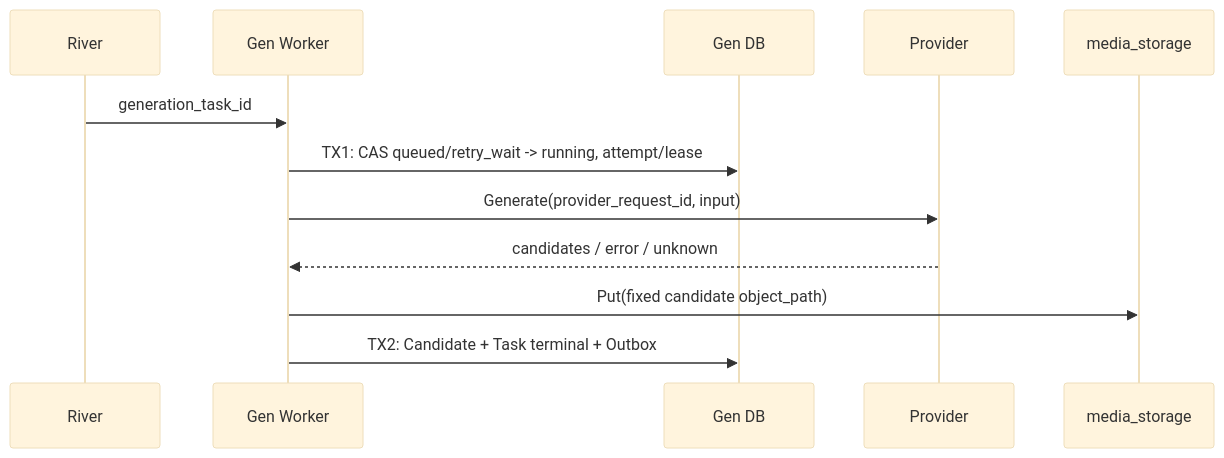
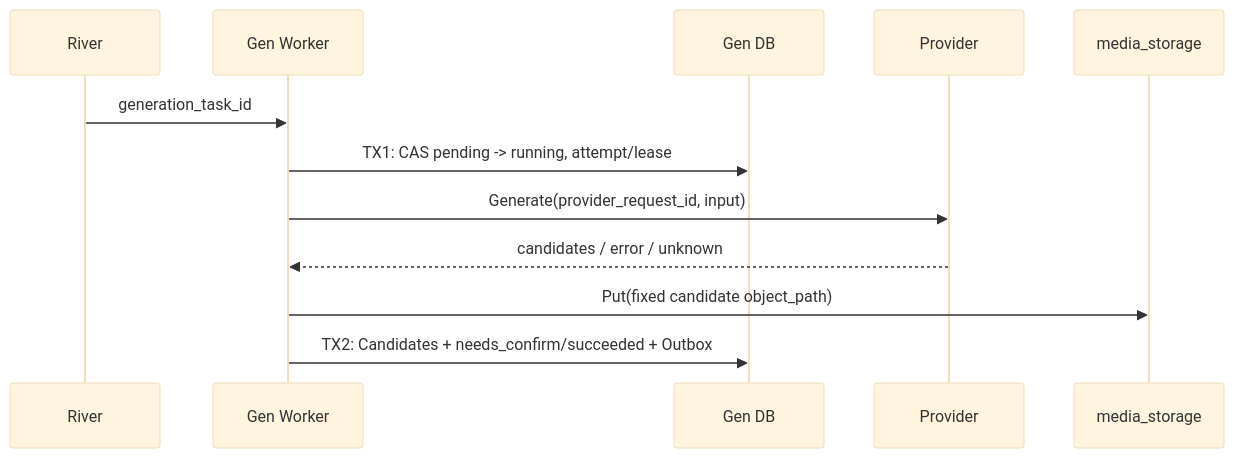
One commit to hotttao/media_agent changed the diagram in docs/ddd/media_gen/workflow/0001-job-execution-loop/job-execution-loop.md. Above: the diagram before and after it, drawn with Mermaid (base theme). The commit also changed other lines of this file and 26 other files, not shown here.

````diff
--- a/docs/ddd/media_gen/workflow/0001-job-execution-loop/job-execution-loop.md
+++ b/docs/ddd/media_gen/workflow/0001-job-execution-loop/job-execution-loop.md
@@ -12,14 +12,14 @@
 ```mermaid
 sequenceDiagram
     participant Q as River
     participant W as Gen Worker
     participant DB as Gen DB
     participant P as Provider
     participant S as media_storage
     Q->>W: generation_task_id
-    W->>DB: TX1: CAS queued/retry_wait -> running, attempt/lease
+    W->>DB: TX1: CAS pending -> running, attempt/lease
     W->>P: Generate(provider_request_id, input)
     P-->>W: candidates / error / unknown
     W->>S: Put(fixed candidate object_path)
-    W->>DB: TX2: Candidate + Task terminal + Outbox
+    W->>DB: TX2: Candidates + needs_confirm/succeeded + Outbox
 ```
````
